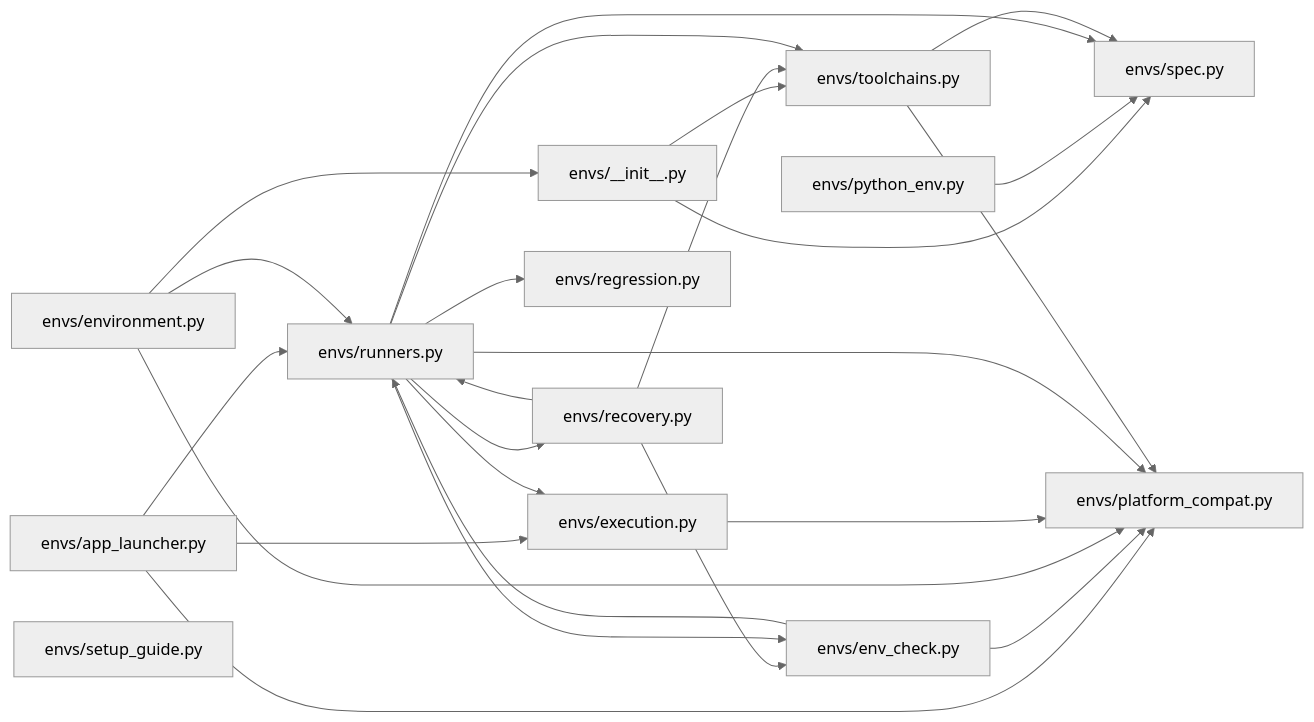
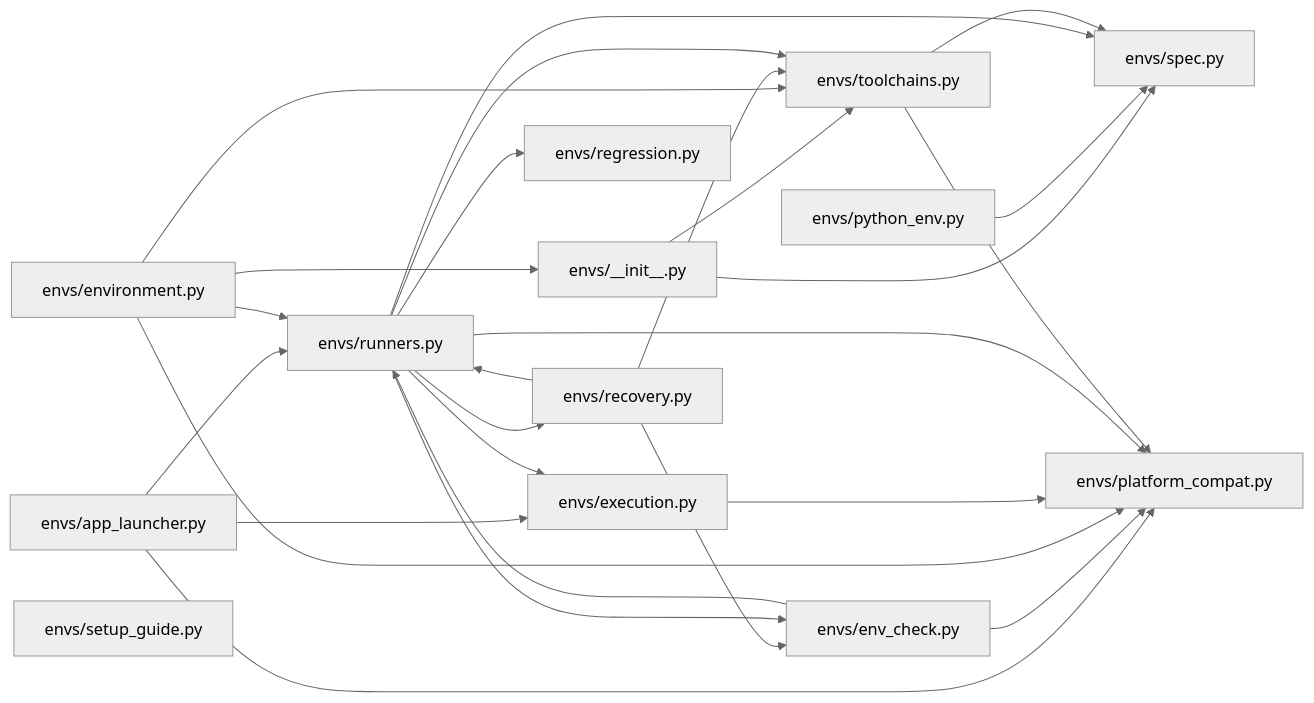
The fifth of 21 diagrams in docs/ARCHITECTURE_MAP.md (sarveshtalele/maf-harness-testing), drawn with Mermaid (neutral theme) before and after one commit. The commit also changed other lines of this file and 2 other files, not shown here.

````diff
--- a/docs/ARCHITECTURE_MAP.md
+++ b/docs/ARCHITECTURE_MAP.md
@@ -206,40 +206,41 @@
 ```mermaid
 flowchart LR
   f0["envs/__init__.py"]
   f1["envs/app_launcher.py"]
   f2["envs/env_check.py"]
   f3["envs/environment.py"]
   f4["envs/execution.py"]
   f5["envs/platform_compat.py"]
   f6["envs/python_env.py"]
   f7["envs/recovery.py"]
   f8["envs/regression.py"]
   f9["envs/runners.py"]
   f10["envs/setup_guide.py"]
   f11["envs/spec.py"]
   f12["envs/toolchains.py"]
   f0 --> f11
   f0 --> f12
   f1 --> f4
   f1 --> f5
   f1 --> f9
   f2 --> f5
   f2 --> f9
   f3 --> f0
   f3 --> f5
   f3 --> f9
+  f3 --> f12
   f4 --> f5
   f6 --> f11
   f7 --> f2
   f7 --> f9
   f7 --> f12
   f9 --> f2
   f9 --> f4
   f9 --> f5
   f9 --> f7
   f9 --> f8
   f9 --> f11
   f9 --> f12
   f12 --> f5
   f12 --> f11
 ```
````
